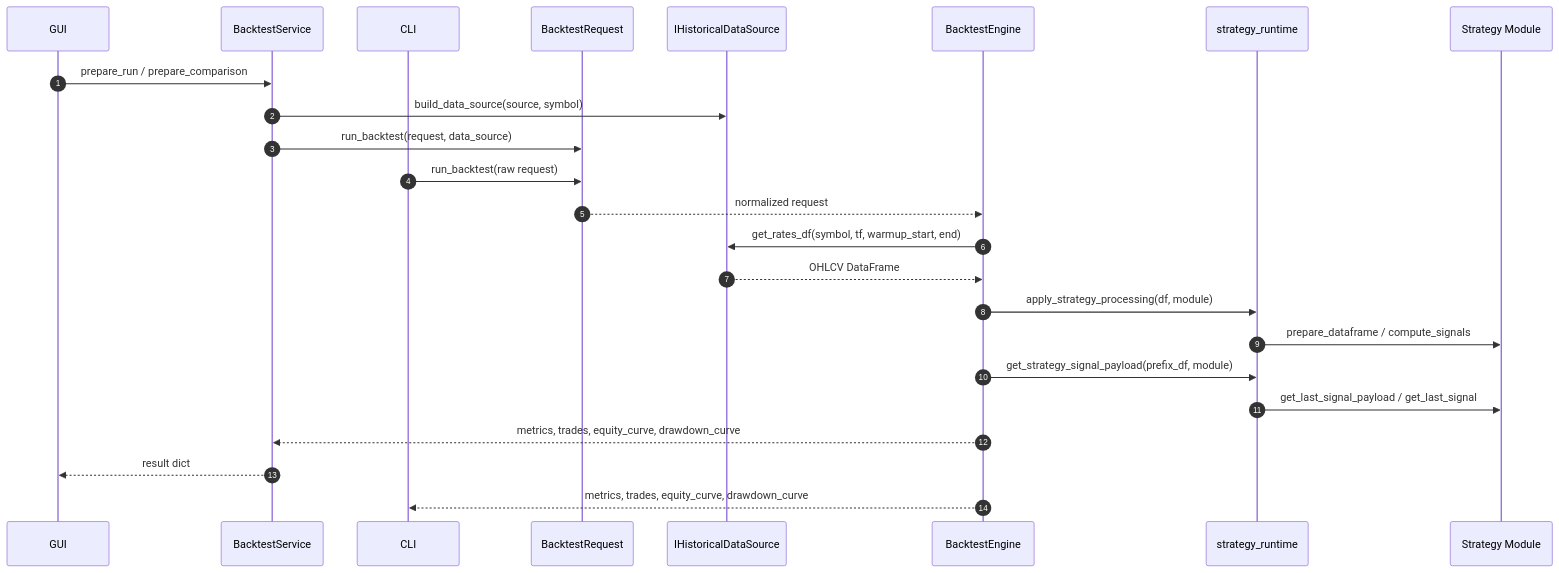
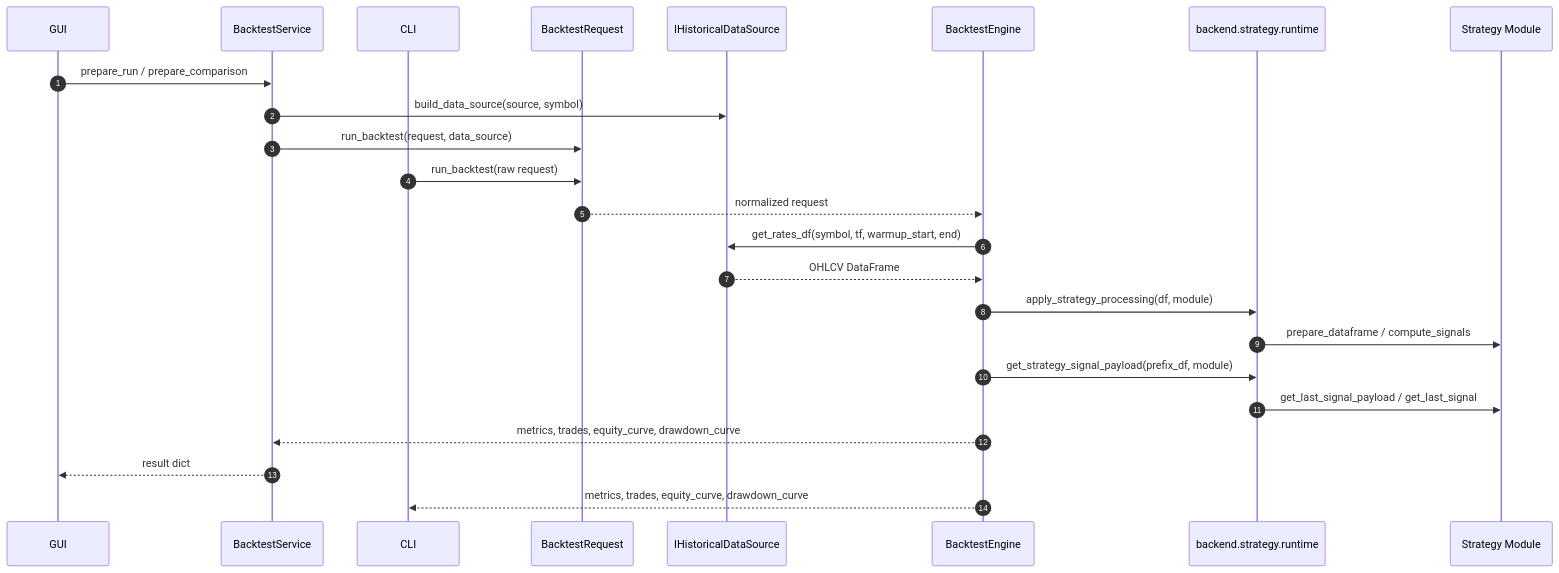
Before and after one commit to aloantony/strategy-forge: the diagram in docs/DocsTradingSystemObsidian/architecture/backtesting.md, drawn with Mermaid. The commit also changed other lines of this file and 673 other files, not shown here.

````diff
--- a/docs/DocsTradingSystemObsidian/architecture/backtesting.md
+++ b/docs/DocsTradingSystemObsidian/architecture/backtesting.md
@@ -21,27 +21,27 @@
 ```mermaid
 sequenceDiagram
   autonumber
   participant GUI as GUI
   participant Service as BacktestService
   participant CLI as CLI
   participant Req as BacktestRequest
   participant DS as IHistoricalDataSource
   participant Engine as BacktestEngine
-  participant SR as strategy_runtime
+  participant SR as backend.strategy.runtime
   participant Strategy as Strategy Module
 
   GUI->>Service: prepare_run / prepare_comparison
   Service->>DS: build_data_source(source, symbol)
   Service->>Req: run_backtest(request, data_source)
   CLI->>Req: run_backtest(raw request)
   Req-->>Engine: normalized request
   Engine->>DS: get_rates_df(symbol, tf, warmup_start, end)
   DS-->>Engine: OHLCV DataFrame
   Engine->>SR: apply_strategy_processing(df, module)
   SR->>Strategy: prepare_dataframe / compute_signals
   Engine->>SR: get_strategy_signal_payload(prefix_df, module)
   SR->>Strategy: get_last_signal_payload / get_last_signal
   Engine-->>Service: metrics, trades, equity_curve, drawdown_curve
   Service-->>GUI: result dict
   Engine-->>CLI: metrics, trades, equity_curve, drawdown_curve
 ```
````
